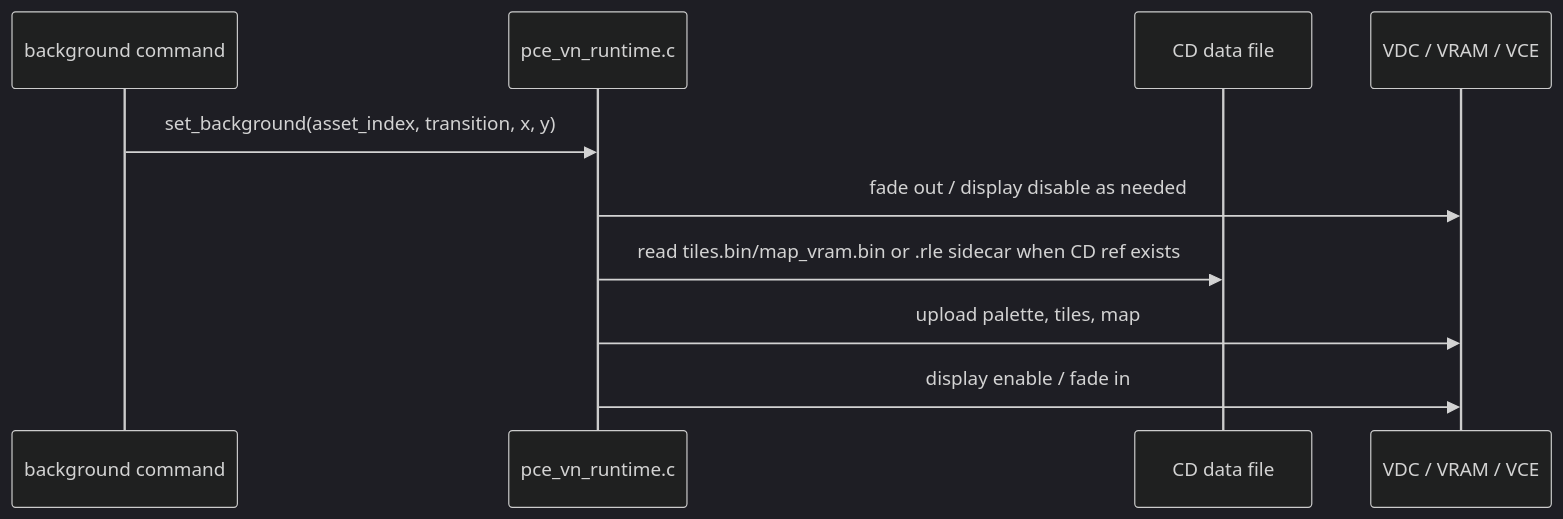
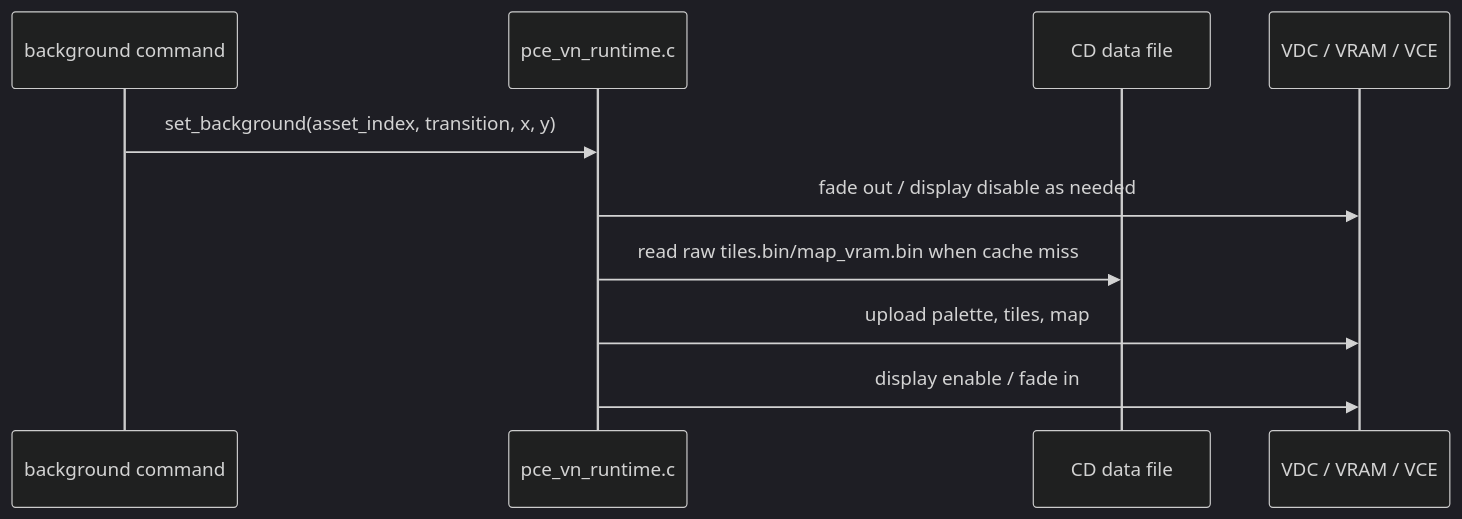
Before and after one commit to HOSSIE-JP/pce-game-editor: the third of 6 diagrams in docs/pce-media-programming-guide.md, drawn with Mermaid (dark theme). The commit also changed other lines of this file and 1270 other files, not shown here.

````diff
--- a/docs/pce-media-programming-guide.md
+++ b/docs/pce-media-programming-guide.md
@@ -670,12 +674,12 @@
 ```mermaid
 sequenceDiagram
   participant Scene as background command
   participant RT as pce_vn_runtime.c
   participant CD as CD data file
   participant VDC as VDC / VRAM / VCE
   Scene->>RT: set_background(asset_index, transition, x, y)
   RT->>VDC: fade out / display disable as needed
-  RT->>CD: read tiles.bin/map_vram.bin or .rle sidecar when CD ref exists
+  RT->>CD: read raw tiles.bin/map_vram.bin when cache miss
   RT->>VDC: upload palette, tiles, map
   RT->>VDC: display enable / fade in
 ```
````
